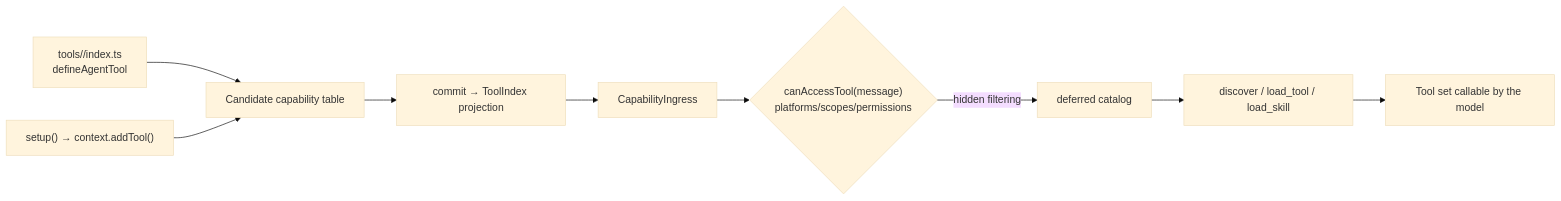
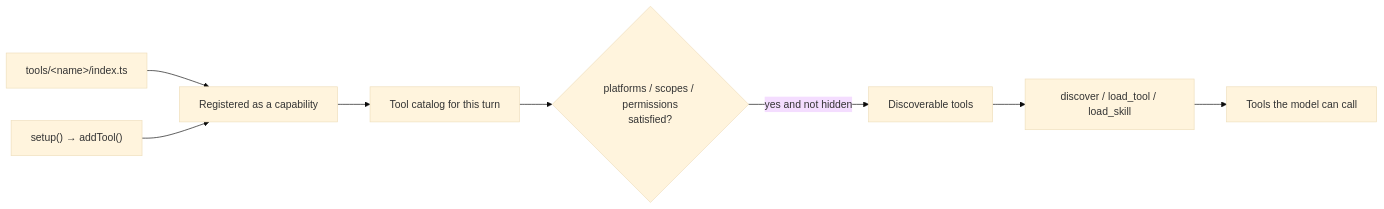
The diagram in docs/en/authoring/agent-tools.md (zhinjs/zhin), drawn with Mermaid (base theme) before and after one commit. The commit also changed other lines of this file and 65 other files, not shown here.

````diff
--- a/docs/en/authoring/agent-tools.md
+++ b/docs/en/authoring/agent-tools.md
@@ -23,11 +290,10 @@
 ```mermaid
 flowchart LR
-    A["tools/<name>/index.ts<br/>defineAgentTool"] --> C[Candidate capability table]
-    B["setup() → context.addTool()"] --> C
-    C --> D["commit → ToolIndex projection"]
-    D --> E[CapabilityIngress]
-    E --> F{"canAccessTool(message)<br/>platforms/scopes/permissions"}
-    F -->|hidden filtering| G[deferred catalog]
+    A["tools/&lt;name&gt;/index.ts"] --> C[Registered as a capability]
+    B["setup() → addTool()"] --> C
+    C --> D[Tool catalog for this turn]
+    D --> F{"platforms / scopes / permissions<br/>satisfied?"}
+    F -->|yes and not hidden| G[Discoverable tools]
     G --> H["discover / load_tool / load_skill"]
-    H --> I[Tool set callable by the model]
+    H --> I[Tools the model can call]
 ```
````
